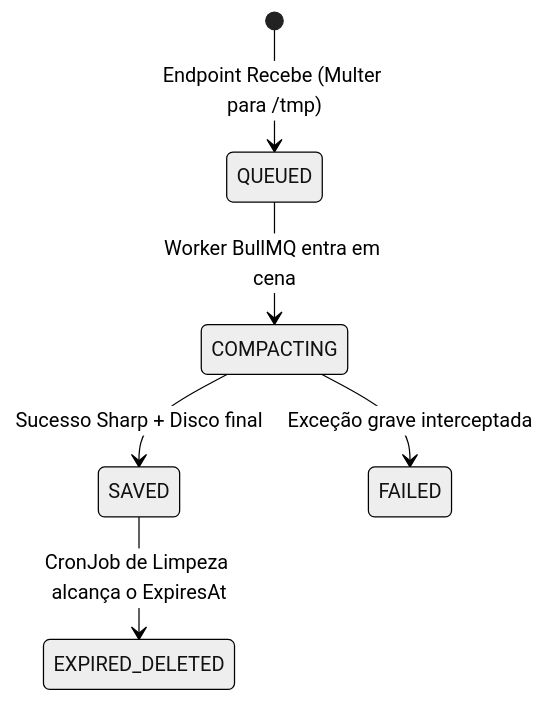
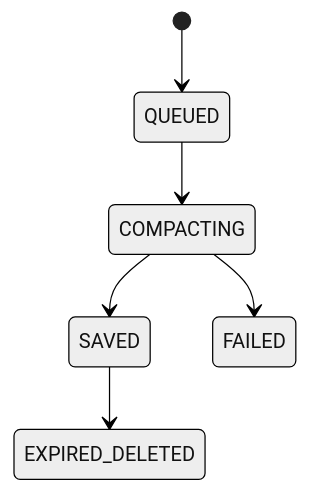
One commit to oondels/upload_service changed the diagram in docs/specs/DOMAIN_SPEC.md. Above: the diagram before and after it, drawn with Mermaid (neutral theme). The commit also changed other lines of this file and 6 other files, not shown here.

````diff
--- a/docs/specs/DOMAIN_SPEC.md
+++ b/docs/specs/DOMAIN_SPEC.md
@@ -53,8 +50,8 @@
 ```mermaid
 stateDiagram-v2
-    [*] --> QUEUED : Endpoint Recebe (Multer para /tmp)
-    QUEUED --> COMPACTING : Worker BullMQ entra em cena
-    COMPACTING --> SAVED : Sucesso Sharp + Disco final
-    COMPACTING --> FAILED : Exceção grave interceptada
-    SAVED --> EXPIRED_DELETED : CronJob de Limpeza alcança o ExpiresAt
+    [*] --> QUEUED
+    QUEUED --> COMPACTING
+    COMPACTING --> SAVED
+    COMPACTING --> FAILED
+    SAVED --> EXPIRED_DELETED
 ```
````
